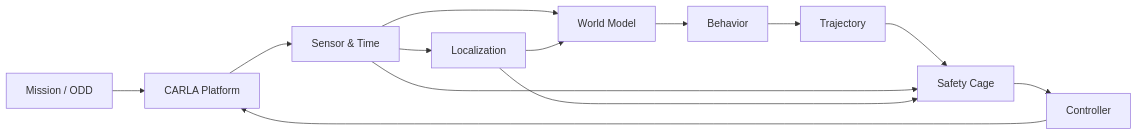
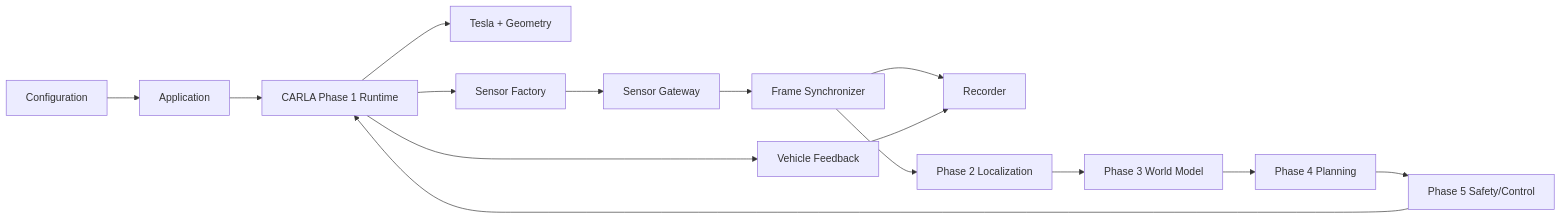
One commit to brutalstein/staj changed the diagram in docs/architecture/system.md. Above: the diagram before and after it, drawn with Mermaid. The commit also changed other lines of this file and 48 other files, not shown here.

Commit message:
Implement complete CARLA Phase 1 runtime

````diff
--- a/docs/architecture/system.md
+++ b/docs/architecture/system.md
@@ -3,15 +3,17 @@
 ```mermaid
 flowchart LR
-  MM[Mission / ODD] --> SIM[CARLA Platform]
-  SIM --> SYNC[Sensor & Time]
-  SYNC --> LOC[Localization]
-  SYNC --> WM[World Model]
-  LOC --> WM
-  WM --> BEH[Behavior]
-  BEH --> PLAN[Trajectory]
-  PLAN --> SAFE[Safety Cage]
-  SYNC --> SAFE
-  LOC --> SAFE
-  SAFE --> CTRL[Controller]
-  CTRL --> SIM
+  CFG[Configuration] --> APP[Application]
+  APP --> RT[CARLA Phase 1 Runtime]
+  RT --> EGO[Tesla + Geometry]
+  RT --> SF[Sensor Factory]
+  SF --> GW[Sensor Gateway]
+  GW --> SYNC[Frame Synchronizer]
+  RT --> FB[Vehicle Feedback]
+  SYNC --> REC[Recorder]
+  FB --> REC
+  SYNC --> LOC[Phase 2 Localization]
+  LOC --> WM[Phase 3 World Model]
+  WM --> PLAN[Phase 4 Planning]
+  PLAN --> SAFE[Phase 5 Safety/Control]
+  SAFE --> RT
 ```
````
